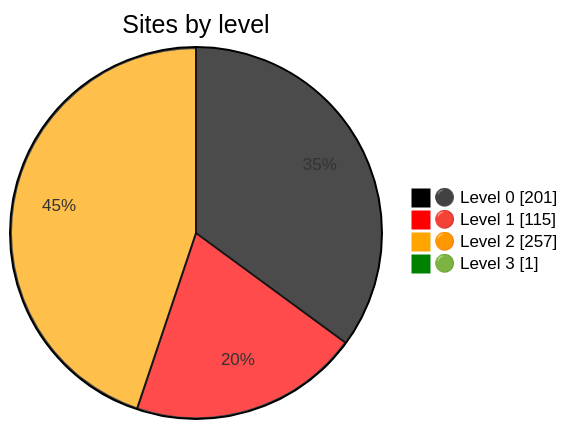
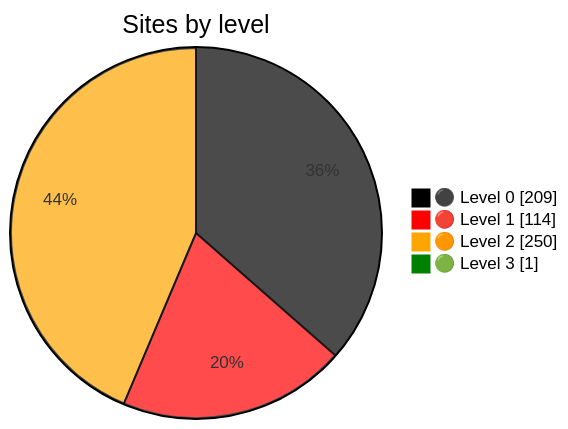
The diagram in README.md (Dushmilan/gov_lk_web_auditor), drawn with Mermaid before and after one commit. The commit also changed other lines of this file and 2565 other files, not shown here.

````diff
--- a/README.md
+++ b/README.md
@@ -24,9 +24,9 @@
 ```mermaid
 %%{init: {"themeVariables":{"pie1":"black","pie2":"red","pie3":"orange","pie4":"green"}}}%%
 pie showData
     title Sites by level
-    "⚫ Level 0" : 201
-    "🔴 Level 1" : 115
-    "🟠 Level 2" : 257
+    "⚫ Level 0" : 209
+    "🔴 Level 1" : 114
+    "🟠 Level 2" : 250
     "🟢 Level 3" : 1
 ```
````
